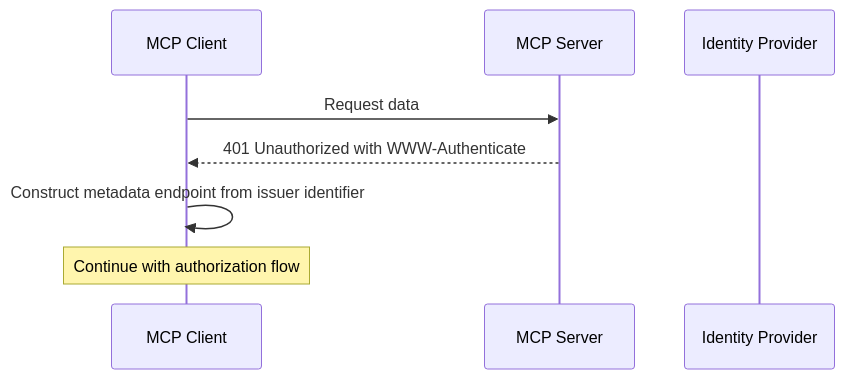
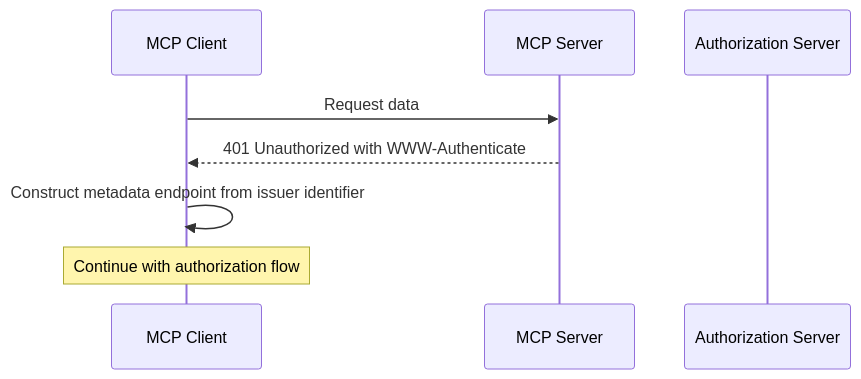
One commit to pcarleton/specification changed the first of 4 diagrams in docs/specification/2025-03-26/basic/authorization.mdx. Above: the diagram before and after it, drawn with Mermaid. The commit also changed other lines of this file, not shown here.

````diff
--- a/docs/specification/2025-03-26/basic/authorization.mdx
+++ b/docs/specification/2025-03-26/basic/authorization.mdx
@@ -147,12 +146,12 @@
 ```mermaid
 sequenceDiagram
     participant MC as MCP Client
     participant MS as MCP Server
-    participant IDP as Identity Provider
+    participant AUTHZS as Authorization Server
 
     MC->>MS: Request data
     MS-->>MC: 401 Unauthorized with WWW-Authenticate
     MC->>MC: Construct metadata endpoint from issuer identifier
 
     Note over MC: Continue with authorization flow
 ```
````
